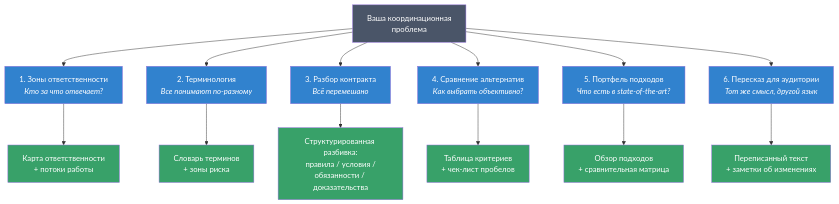
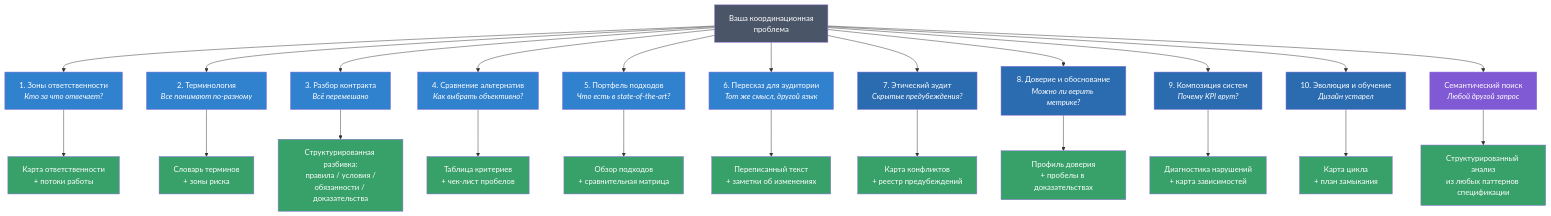
The first of 4 diagrams in Readme.md (pokrovskiyv/FPF-agent), drawn with Mermaid before and after one commit. The commit also changed other lines of this file, not shown here.

Commit message:
docs: update README for three-tier routing architecture (10 routes + semantic fallback)

````diff
--- a/Readme.md
+++ b/Readme.md
@@ -42,30 +42,50 @@
 ```mermaid
 graph TD
     P["Ваша координационная<br/>проблема"] --> R1["1. Зоны ответственности<br/><i>Кто за что отвечает?</i>"]
     P --> R2["2. Терминология<br/><i>Все понимают по-разному</i>"]
     P --> R3["3. Разбор контракта<br/><i>Всё перемешано</i>"]
     P --> R4["4. Сравнение альтернатив<br/><i>Как выбрать объективно?</i>"]
     P --> R5["5. Портфель подходов<br/><i>Что есть в state-of-the-art?</i>"]
     P --> R6["6. Пересказ для аудитории<br/><i>Тот же смысл, другой язык</i>"]
+    P --> R7["7. Этический аудит<br/><i>Скрытые предубеждения?</i>"]
+    P --> R8["8. Доверие и обоснование<br/><i>Можно ли верить метрике?</i>"]
+    P --> R9["9. Композиция систем<br/><i>Почему KPI врут?</i>"]
+    P --> R10["10. Эволюция и обучение<br/><i>Дизайн устарел</i>"]
+    P --> SEM["Семантический поиск<br/><i>Любой другой запрос</i>"]
 
     R1 --> O1["Карта ответственности<br/>+ потоки работы"]
     R2 --> O2["Словарь терминов<br/>+ зоны риска"]
     R3 --> O3["Структурированная разбивка:<br/>правила / условия /<br/>обязанности / доказательства"]
     R4 --> O4["Таблица критериев<br/>+ чек-лист пробелов"]
     R5 --> O5["Обзор подходов<br/>+ сравнительная матрица"]
     R6 --> O6["Переписанный текст<br/>+ заметки об изменениях"]
+    R7 --> O7["Карта конфликтов<br/>+ реестр предубеждений"]
+    R8 --> O8["Профиль доверия<br/>+ пробелы в доказательствах"]
+    R9 --> O9["Диагностика нарушений<br/>+ карта зависимостей"]
+    R10 --> O10["Карта цикла<br/>+ план замыкания"]
+    SEM --> OSEM["Структурированный анализ<br/>из любых паттернов спецификации"]
 
     style P fill:#4a5568,color:#fff
     style R1 fill:#3182ce,color:#fff
     style R2 fill:#3182ce,color:#fff
     style R3 fill:#3182ce,color:#fff
     style R4 fill:#3182ce,color:#fff
     style R5 fill:#3182ce,color:#fff
     style R6 fill:#3182ce,color:#fff
+    style R7 fill:#2b6cb0,color:#fff
+    style R8 fill:#2b6cb0,color:#fff
+    style R9 fill:#2b6cb0,color:#fff
+    style R10 fill:#2b6cb0,color:#fff
+    style SEM fill:#805ad5,color:#fff
     style O1 fill:#38a169,color:#fff
     style O2 fill:#38a169,color:#fff
     style O3 fill:#38a169,color:#fff
     style O4 fill:#38a169,color:#fff
     style O5 fill:#38a169,color:#fff
     style O6 fill:#38a169,color:#fff
+    style O7 fill:#38a169,color:#fff
+    style O8 fill:#38a169,color:#fff
+    style O9 fill:#38a169,color:#fff
+    style O10 fill:#38a169,color:#fff
+    style OSEM fill:#38a169,color:#fff
 ```
````
